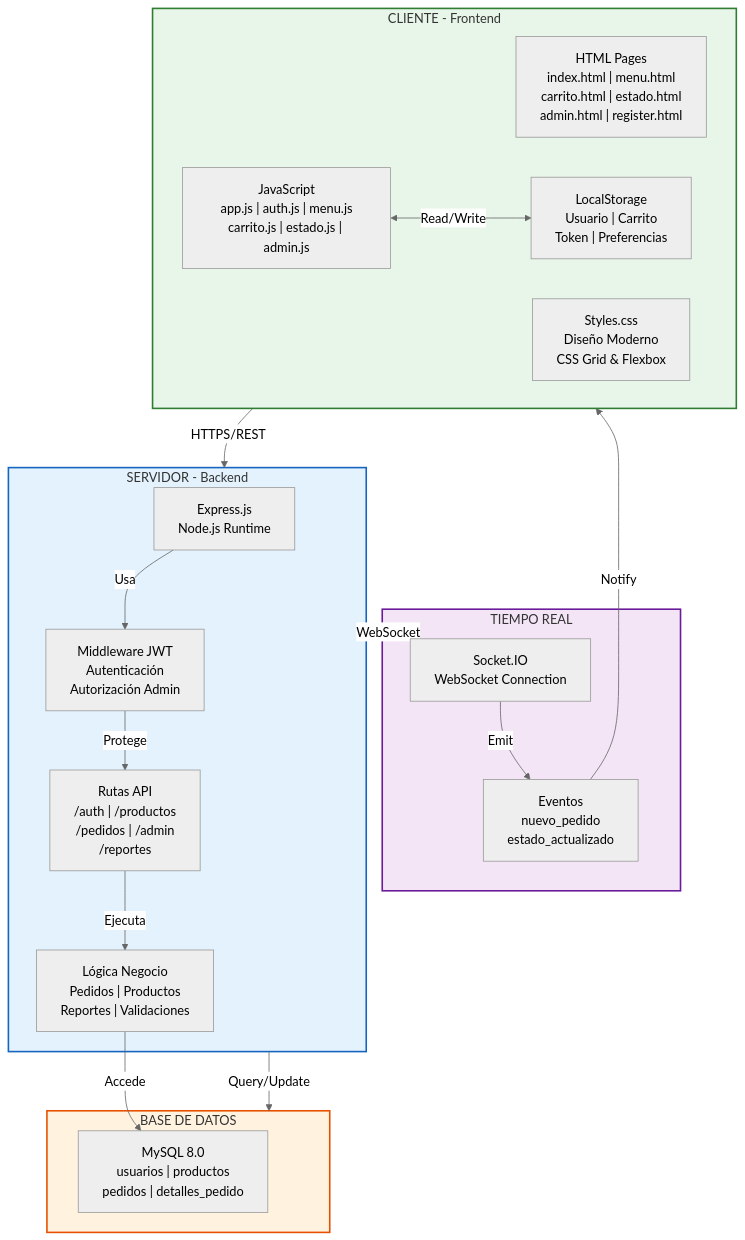
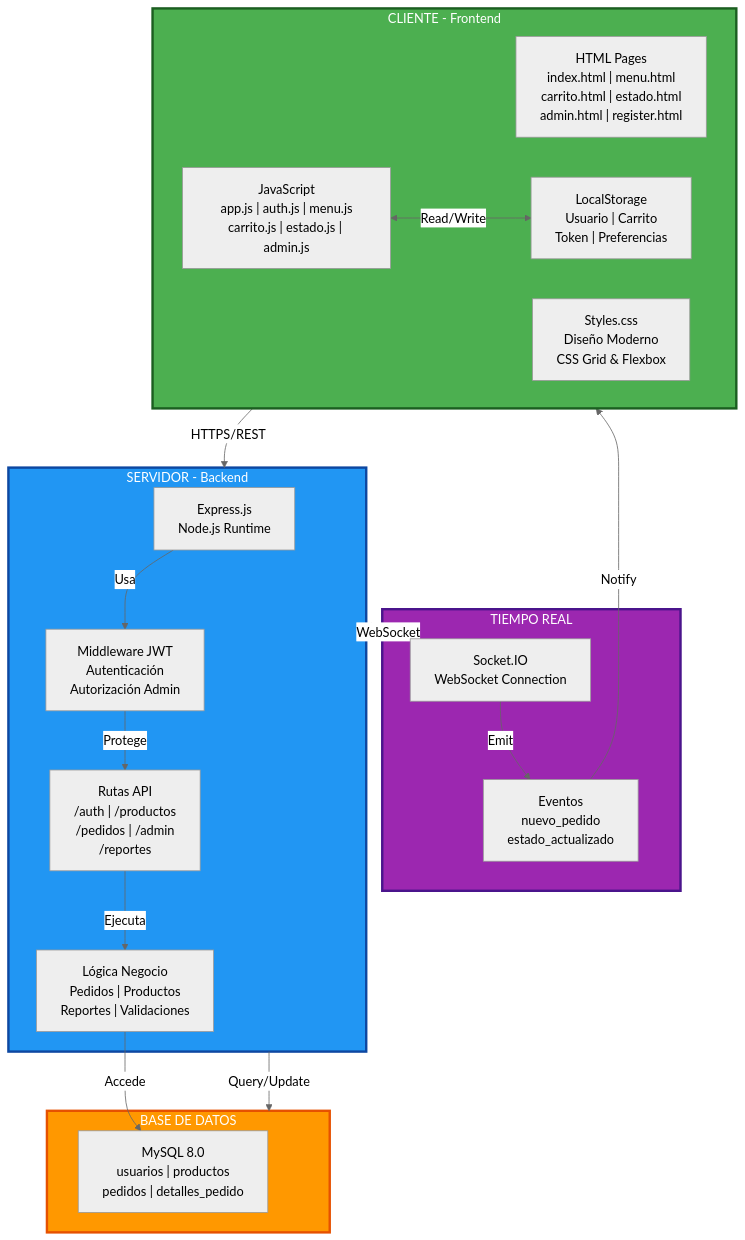
The sixth of 9 diagrams in DIAGRAMAS_UML.md (keanroti/Cafeteria), drawn with Mermaid (neutral theme) before and after one commit. The commit also changed other lines of this file, not shown here.

Commit message:
diagramas

````diff
--- a/DIAGRAMAS_UML.md
+++ b/DIAGRAMAS_UML.md
@@ -323,41 +323,41 @@
 ```mermaid
 graph TB
     subgraph Cliente["CLIENTE - Frontend"]
         HTML["HTML Pages<br/>index.html | menu.html<br/>carrito.html | estado.html<br/>admin.html | register.html"]
         CSS["Styles.css<br/>Diseño Moderno<br/>CSS Grid & Flexbox"]
         JS["JavaScript<br/>app.js | auth.js | menu.js<br/>carrito.js | estado.js | admin.js"]
         Storage["LocalStorage<br/>Usuario | Carrito<br/>Token | Preferencias"]
     end
     
     subgraph Servidor["SERVIDOR - Backend"]
         Express["Express.js<br/>Node.js Runtime"]
         Routes["Rutas API<br/>/auth | /productos<br/>/pedidos | /admin<br/>/reportes"]
         Auth["Middleware JWT<br/>Autenticación<br/>Autorización Admin"]
         Logic["Lógica Negocio<br/>Pedidos | Productos<br/>Reportes | Validaciones"]
     end
     
     subgraph BD["BASE DE DATOS"]
         MySQL["MySQL 8.0<br/>usuarios | productos<br/>pedidos | detalles_pedido"]
     end
     
     subgraph Tiempo["TIEMPO REAL"]
         Socket["Socket.IO<br/>WebSocket Connection"]
         Events["Eventos<br/>nuevo_pedido<br/>estado_actualizado"]
     end
     
     Cliente -->|HTTPS/REST| Servidor
     Servidor -->|Query/Update| BD
     Servidor <-->|WebSocket| Socket
     Socket -->|Emit| Events
     Events -->|Notify| Cliente
     JS <-->|Read/Write| Storage
     Express -->|Usa| Auth
     Auth -->|Protege| Routes
     Routes -->|Ejecuta| Logic
     Logic -->|Accede| MySQL
     
-    style Cliente fill:#e8f5e9,stroke:#2e7d32,stroke-width:2px
-    style Servidor fill:#e3f2fd,stroke:#1565c0,stroke-width:2px
-    style BD fill:#fff3e0,stroke:#e65100,stroke-width:2px
-    style Tiempo fill:#f3e5f5,stroke:#6a1b9a,stroke-width:2px
+    style Cliente fill:#4CAF50,stroke:#1B5E20,stroke-width:3px,color:#fff
+    style Servidor fill:#2196F3,stroke:#0D47A1,stroke-width:3px,color:#fff
+    style BD fill:#FF9800,stroke:#E65100,stroke-width:3px,color:#fff
+    style Tiempo fill:#9C27B0,stroke:#4A148C,stroke-width:3px,color:#fff
 ```
````
